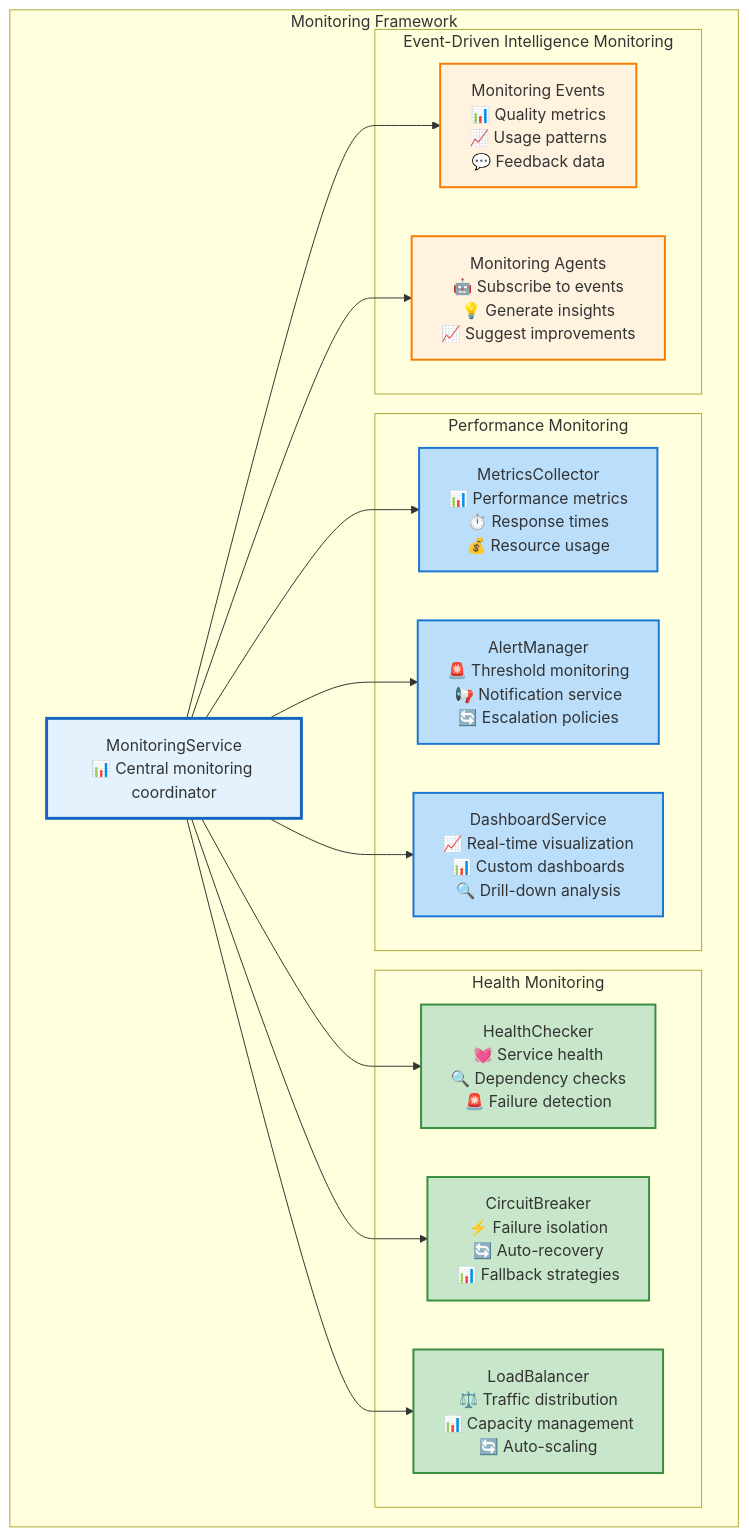
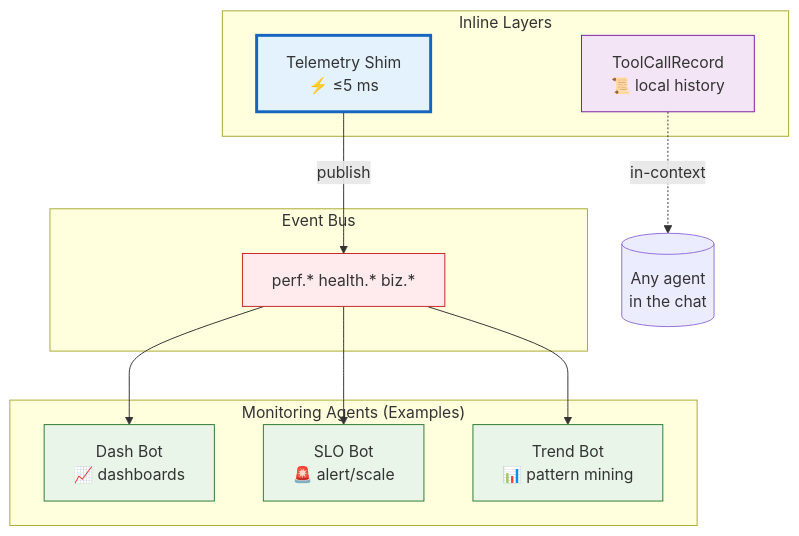
One commit to Vrooli/Vrooli changed diagram 45 of 50 in docs/ai-execution-architecture.md. Above: the diagram before and after it, drawn with Mermaid. The commit also changed other lines of this file, not shown here.

Commit message:
Execution architecture p12

````diff
--- a/docs/ai-execution-architecture.md
+++ b/docs/ai-execution-architecture.md
@@ -3624,42 +3759,22 @@
-```mermaid
+ ```mermaid
 graph TB
-    subgraph "Monitoring Framework"
-        MonitoringService[MonitoringService<br/>📊 Central monitoring coordinator]
-        
-        subgraph "Performance Monitoring"
-            MetricsCollector[MetricsCollector<br/>📊 Performance metrics<br/>⏱️ Response times<br/>💰 Resource usage]
-            AlertManager[AlertManager<br/>🚨 Threshold monitoring<br/>📢 Notification service<br/>🔄 Escalation policies]
-            DashboardService[DashboardService<br/>📈 Real-time visualization<br/>📊 Custom dashboards<br/>🔍 Drill-down analysis]
-        end
-        
-        subgraph "Health Monitoring"
-            HealthChecker[HealthChecker<br/>💓 Service health<br/>🔍 Dependency checks<br/>🚨 Failure detection]
-            CircuitBreaker[CircuitBreaker<br/>⚡ Failure isolation<br/>🔄 Auto-recovery<br/>📊 Fallback strategies]
-            LoadBalancer[LoadBalancer<br/>⚖️ Traffic distribution<br/>📊 Capacity management<br/>🔄 Auto-scaling]
-        end
-        
-        subgraph "Event-Driven Intelligence Monitoring"
-            MonitoringEvents[Monitoring Events<br/>📊 Quality metrics<br/>📈 Usage patterns<br/>💬 Feedback data]
-            MonitoringAgents[Monitoring Agents<br/>🤖 Subscribe to events<br/>💡 Generate insights<br/>📈 Suggest improvements]
-        end
-    end
-    
-    MonitoringService --> MetricsCollector
-    MonitoringService --> AlertManager
-    MonitoringService --> DashboardService
-    MonitoringService --> HealthChecker
-    MonitoringService --> CircuitBreaker
-    MonitoringService --> LoadBalancer
-    MonitoringService --> MonitoringEvents
-    MonitoringService --> MonitoringAgents
-    
-    classDef monitoring fill:#e3f2fd,stroke:#1565c0,stroke-width:3px
-    classDef performance fill:#bbdefb,stroke:#1976d2,stroke-width:2px
-    classDef health fill:#c8e6c9,stroke:#388e3c,stroke-width:2px
-    classDef intelligence fill:#fff3e0,stroke:#f57c00,stroke-width:2px
-    
-    class MonitoringService monitoring
-    class MetricsCollector,AlertManager,DashboardService performance
-    class HealthChecker,CircuitBreaker,LoadBalancer health
-    class MonitoringEvents,MonitoringAgents intelligence
-```
+  subgraph "Inline Layers"
+    Shim[Telemetry Shim<br/>⚡ ≤5 ms]:::shim
+    History[ToolCallRecord<br/>📜 local history]:::hist
+  end
+  subgraph "Event Bus"
+    Telemetry["perf.*  health.*  biz.*"]:::events
+  end
+  subgraph "Monitoring Agents (Examples)"
+    DashBot[Dash Bot<br/>📈 dashboards]:::agent
+    SLOBot[SLO Bot<br/>🚨 alert/scale]:::agent
+    TrendBot[Trend Bot<br/>📊 pattern mining]:::agent
+  end
+  Shim -- publish --> Telemetry
+  Telemetry --> DashBot & SLOBot & TrendBot
+  History -. in-context .-> AgentsInChat[(Any agent<br/>in the chat)]
+classDef shim fill:#e3f2fd,stroke:#1565c0,stroke-width:3px
+classDef hist fill:#f3e5f5,stroke:#7b1fa2
+classDef events fill:#ffebee,stroke:#c62828
+classDef agent fill:#e8f5e8,stroke:#2e7d32
+ ```
````
